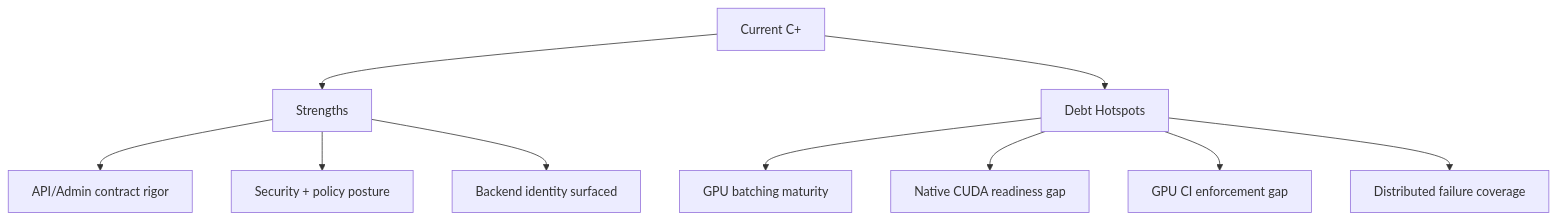
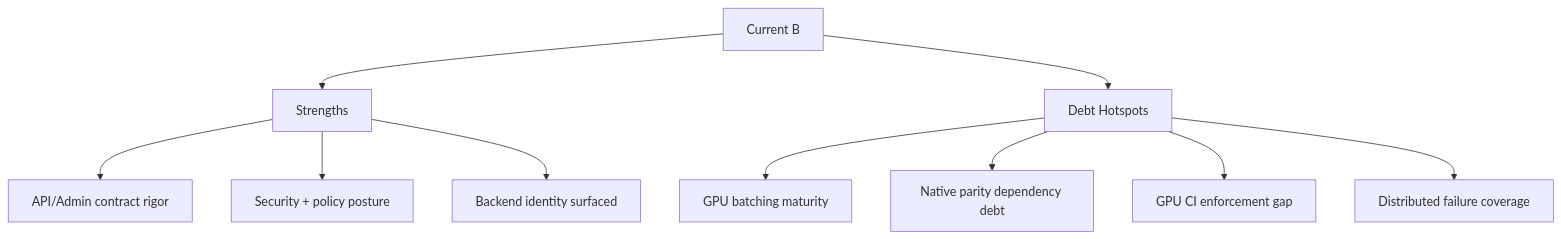
The diagram in docs/TechDebt_and_Competitive_Roadmap.md (vjsingh1984/inferflux), drawn with Mermaid before and after one commit. The commit also changed other lines of this file and 29 other files, not shown here.

Commit message:
Close native parity contracts and advance CUDA runtime

````diff
--- a/docs/TechDebt_and_Competitive_Roadmap.md
+++ b/docs/TechDebt_and_Competitive_Roadmap.md
@@ -7,14 +7,14 @@
 ```mermaid
 flowchart TB
-    A[Current C+] --> B[Strengths]
+    A[Current B] --> B[Strengths]
     A --> C[Debt Hotspots]
 
     B --> B1[API/Admin contract rigor]
     B --> B2[Security + policy posture]
     B --> B3[Backend identity surfaced]
 
     C --> C1[GPU batching maturity]
-    C --> C2[Native CUDA readiness gap]
+    C --> C2[Native parity dependency debt]
     C --> C3[GPU CI enforcement gap]
     C --> C4[Distributed failure coverage]
 ```
````
